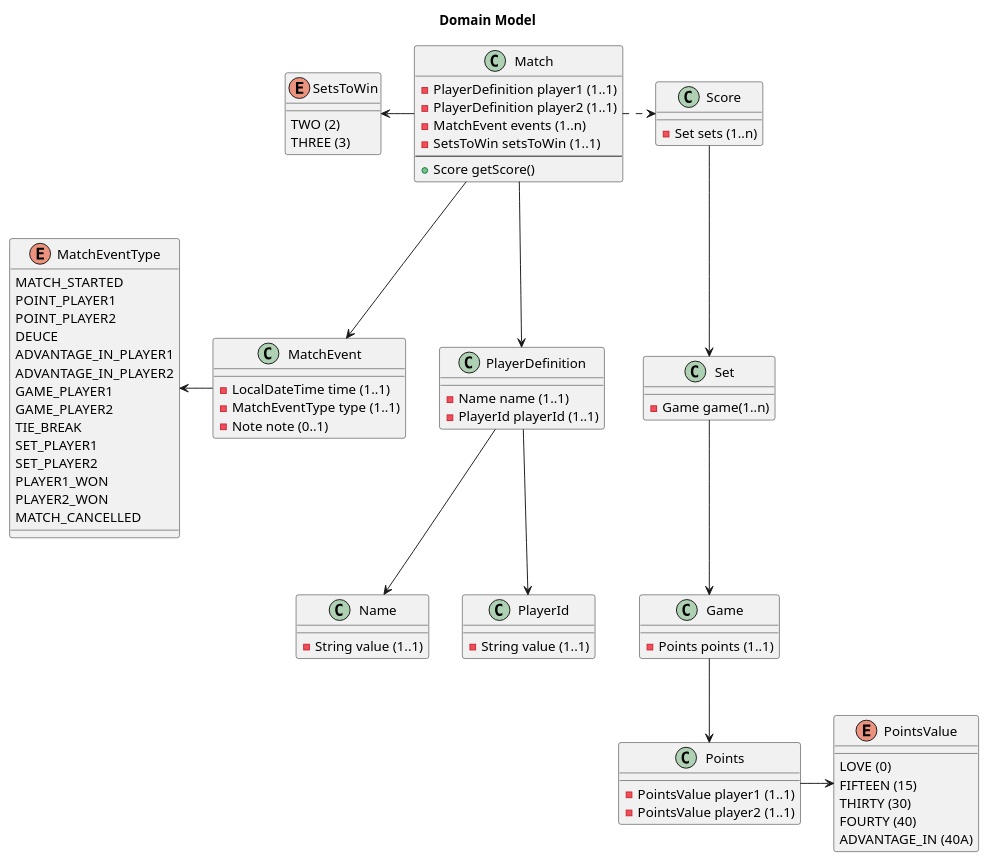
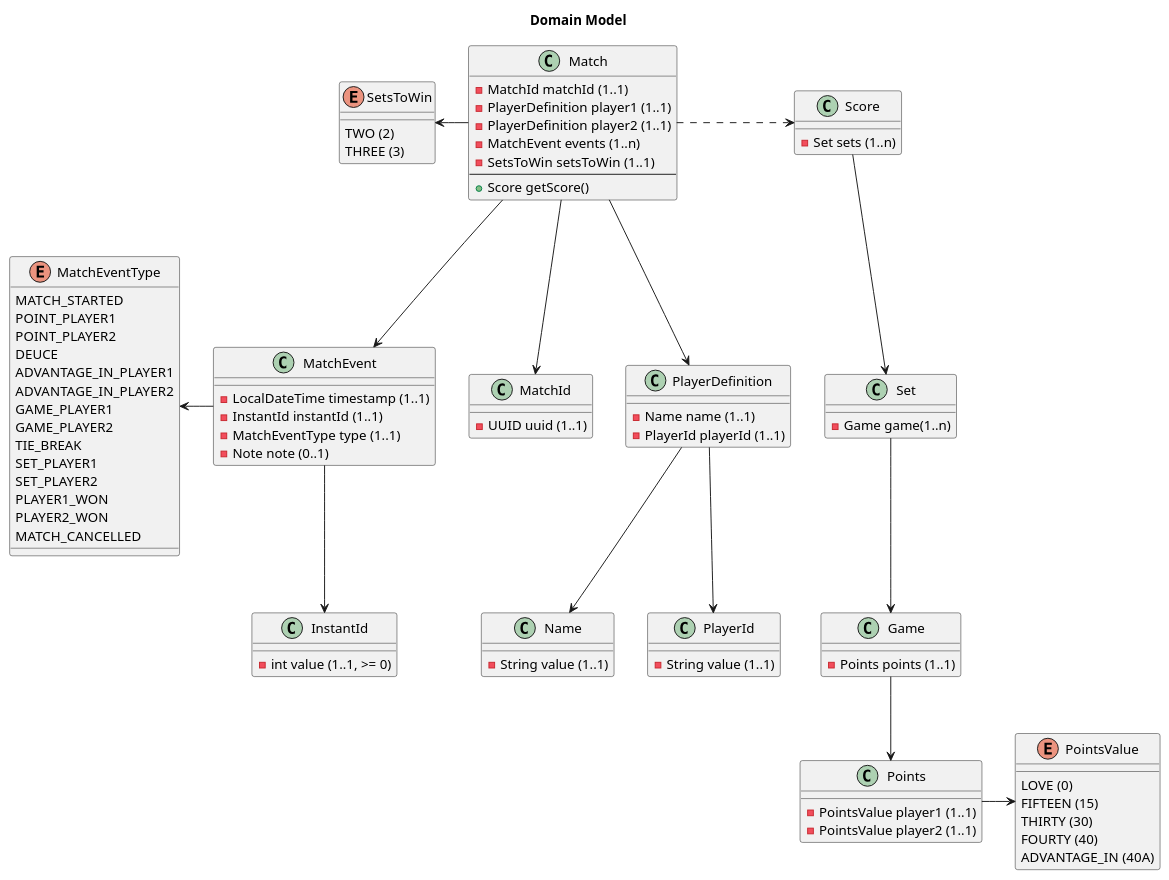
Before and after one commit to TristanoSuriani/Tennis-Kata: the diagram in docs/model.puml, drawn with PlantUML.

Commit message:
Updated model

```diff
--- a/docs/model.puml
+++ b/docs/model.puml
@@ -1,93 +1,105 @@
 @startuml
 
 title Domain Model
 
 class Match {
+  -MatchId matchId (1..1)
   -PlayerDefinition player1 (1..1)
   -PlayerDefinition player2 (1..1)
   -MatchEvent events (1..n)
   -SetsToWin setsToWin (1..1)
   --
   +Score getScore()
 }
 
+class MatchId {
+    -UUID uuid (1..1)
+}
+
 enum SetsToWin {
     TWO (2)
     THREE (3)
 }
 
 class MatchEvent {
-    -LocalDateTime time (1..1)
+    -LocalDateTime timestamp (1..1)
+    -InstantId instantId (1..1)
     -MatchEventType type (1..1)
     -Note note (0..1)
 }
 
 enum MatchEventType {
     MATCH_STARTED
     POINT_PLAYER1
     POINT_PLAYER2
     DEUCE
     ADVANTAGE_IN_PLAYER1
     ADVANTAGE_IN_PLAYER2
     GAME_PLAYER1
     GAME_PLAYER2
     TIE_BREAK
     SET_PLAYER1
     SET_PLAYER2
     PLAYER1_WON
     PLAYER2_WON
     MATCH_CANCELLED
 }
 
 class Score {
     -Set sets (1..n)
 }
 
 class Game {
     -Points points (1..1)
 }
 
 class Points {
     -PointsValue player1 (1..1)
     -PointsValue player2 (1..1)
 }
 
 enum PointsValue {
     LOVE (0)
     FIFTEEN (15)
     THIRTY (30)
     FOURTY (40)
     ADVANTAGE_IN (40A)
 }
 
 class Set {
     -Game game(1..n)
 }
 
 class PlayerDefinition {
     -Name name (1..1)
     -PlayerId playerId (1..1)
 }
 
 class Name {
     -String value (1..1)
 }
 
 class PlayerId {
     -String value (1..1)
 }
 
+class InstantId {
+    -int value (1..1, >= 0)
+}
+
+Match -down-> MatchId
 Match -down-> MatchEvent
 Match -left-> SetsToWin
 MatchEvent -left-> MatchEventType
+MatchEvent -down-> InstantId
 
 Match .right-> Score
 Score -down-> Set
 Set -down-> Game
 Game -down-> Points
 Points -right-> PointsValue
 
 Match -down-> PlayerDefinition
 PlayerDefinition -down-> Name
 PlayerDefinition -down-> PlayerId
 @enduml
```
